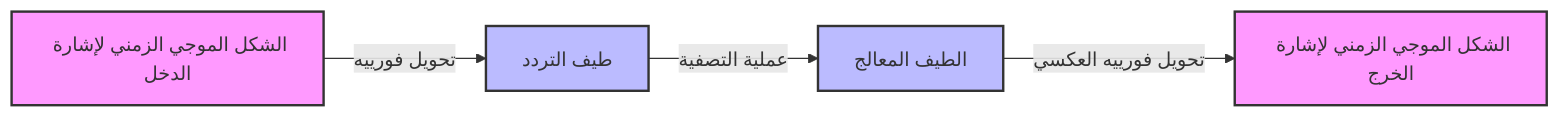
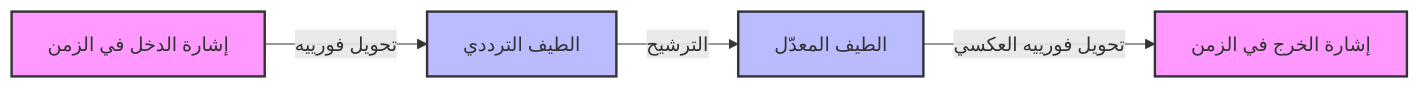
One commit to kenjinote/blog changed the diagram in content/post/fourier-series-and-transform/index.ar.md. Above: the diagram before and after it, drawn with Mermaid. The commit also changed other lines of this file and 6 other files, not shown here.

````diff
--- a/content/post/fourier-series-and-transform/index.ar.md
+++ b/content/post/fourier-series-and-transform/index.ar.md
@@ -80,12 +93,11 @@
 ```mermaid
 flowchart LR
-    A["الشكل الموجي الزمني لإشارة الدخل"] -->|"تحويل فورييه"| B["طيف التردد"]
-    B -->|"عملية التصفية"| C["الطيف المعالج"]
-    C -->|"تحويل فورييه العكسي"| D["الشكل الموجي الزمني لإشارة الخرج"]
-    
-    %% تنسيق العقد
+    A["إشارة الدخل في الزمن"] -->|"تحويل فورييه"| B["الطيف الترددي"]
+    B -->|"الترشيح"| C["الطيف المعدّل"]
+    C -->|"تحويل فورييه العكسي"| D["إشارة الخرج في الزمن"]
+
     style A fill:#f9f,stroke:#333,stroke-width:2px
     style B fill:#bbf,stroke:#333,stroke-width:2px
     style C fill:#bbf,stroke:#333,stroke-width:2px
     style D fill:#f9f,stroke:#333,stroke-width:2px
 ```
````
